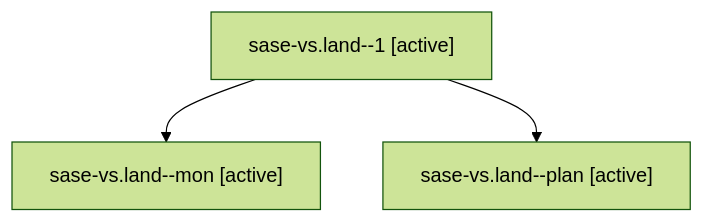
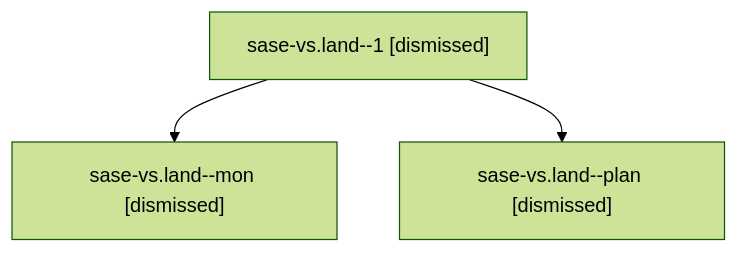
Before and after one commit to sase-org/sase--agents: the diagram in sessions/bbugyi200.athena.sase-vs.land.md, drawn with Mermaid (forest theme). The commit also changed other lines of this file and 79 other files, not shown here.

````diff
--- a/sessions/bbugyi200.athena.sase-vs.land.md
+++ b/sessions/bbugyi200.athena.sase-vs.land.md
@@ -9,8 +9,8 @@
 ```mermaid
 flowchart TD
-  n0["sase-vs.land--1 [active]"]
-  n1["sase-vs.land--mon [active]"]
+  n0["sase-vs.land--1 [dismissed]"]
+  n1["sase-vs.land--mon [dismissed]"]
   n0 --> n1
-  n2["sase-vs.land--plan [active]"]
+  n2["sase-vs.land--plan [dismissed]"]
   n0 --> n2
 ```
````
